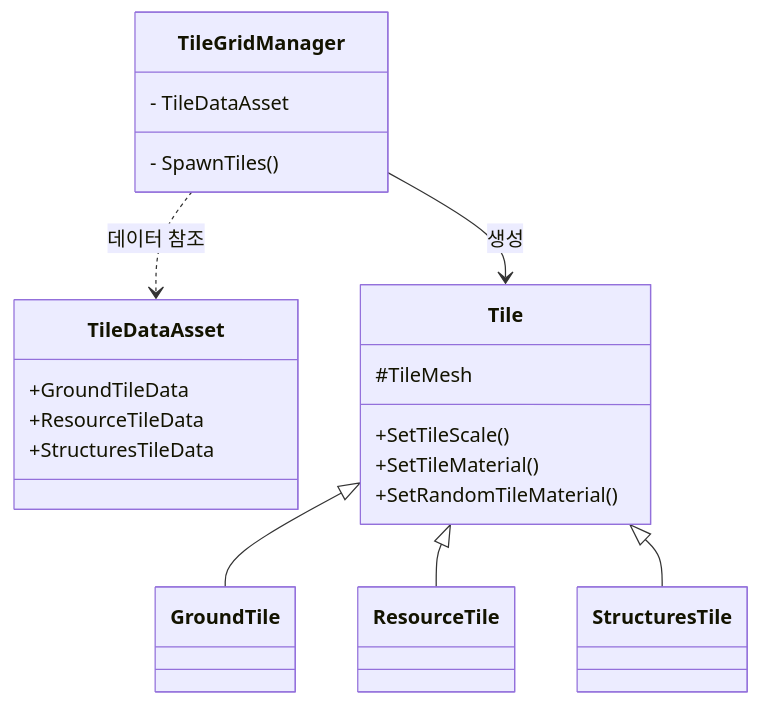
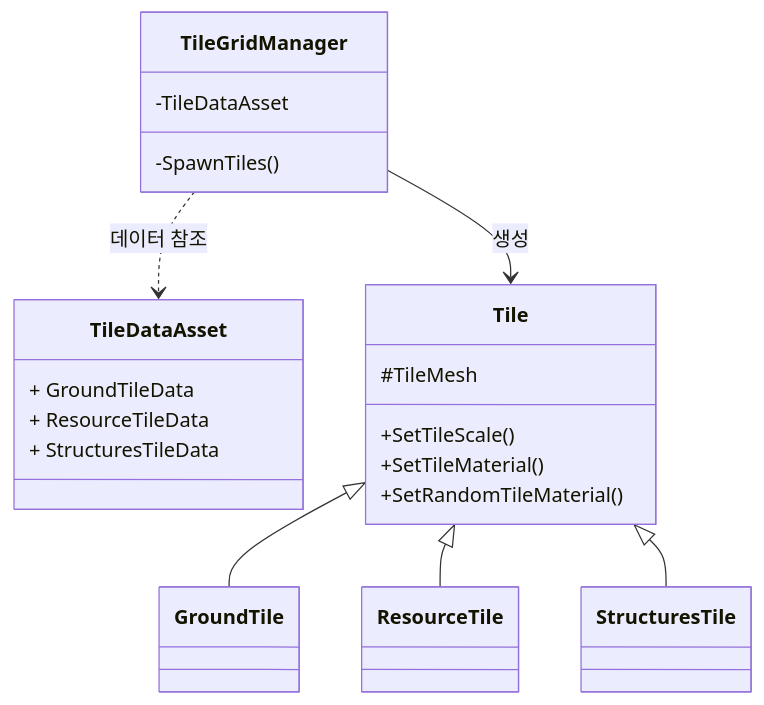
The first of 4 diagrams in README.md (WJMcode/Project_CavesBasic), drawn with Mermaid before and after one commit.

````diff
--- a/README.md
+++ b/README.md
@@ -1,27 +1,27 @@
 ```mermaid
 classDiagram
     class TileGridManager {
-        - TileDataAsset
-        - SpawnTiles()
+        -TileDataAsset
+        -SpawnTiles()
     }
     class TileDataAsset {
-        +GroundTileData
-        +ResourceTileData
-        +StructuresTileData
+        + GroundTileData
+        + ResourceTileData
+        + StructuresTileData
     }
     class Tile {
         #TileMesh
         +SetTileScale()
         +SetTileMaterial()
         +SetRandomTileMaterial()
     }
     class GroundTile
     class ResourceTile
     class StructuresTile
 
     TileGridManager ..> TileDataAsset : 데이터 참조
     TileGridManager --> Tile : 생성
     Tile <|-- GroundTile
     Tile <|-- ResourceTile
     Tile <|-- StructuresTile
 ```
````
